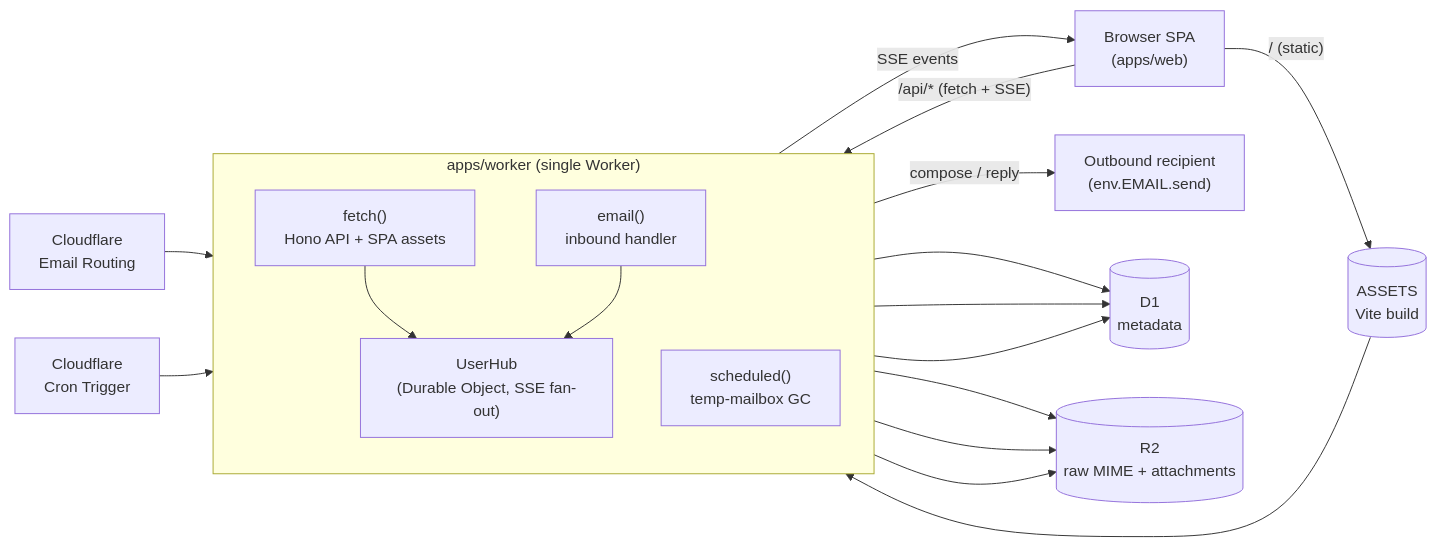
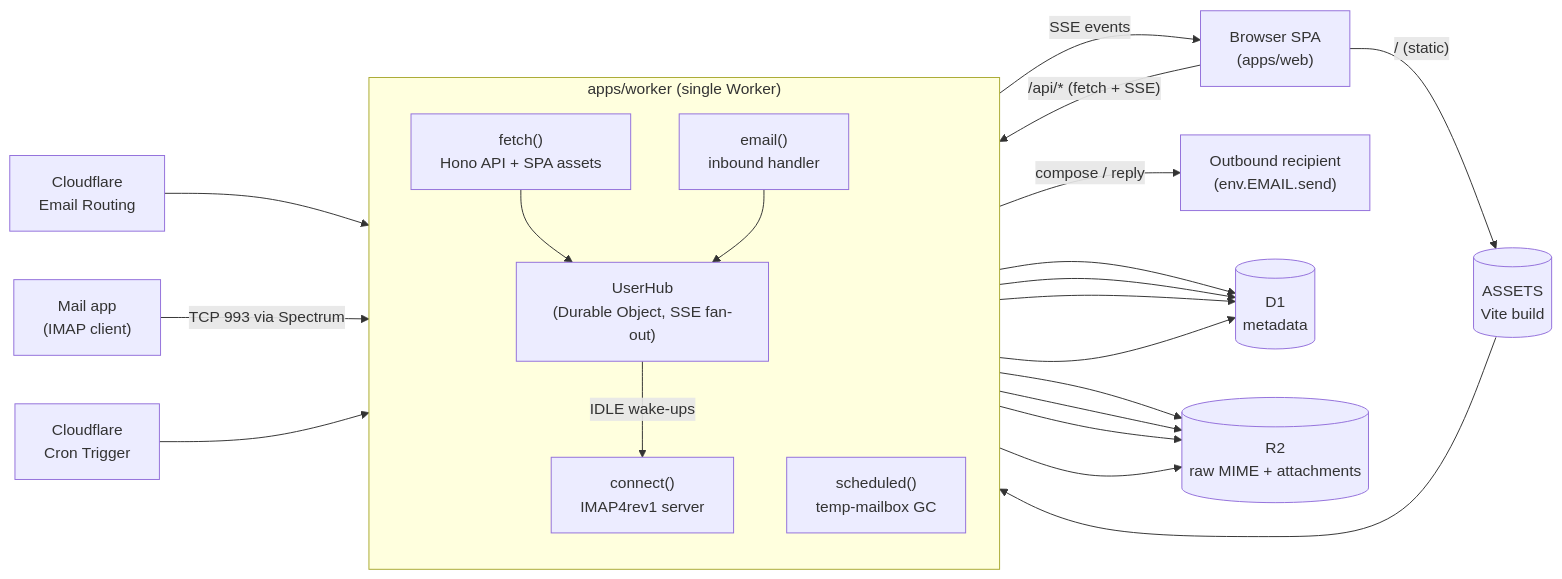
The diagram in README.md (Newspicel/cloudflare-mail), drawn with Mermaid before and after one commit. The commit also changed other lines of this file and 53 other files, not shown here.

First line of the commit message:
feat(imap): IMAP4rev1 server on inbound TCP, with app passwords

````diff
--- a/README.md
+++ b/README.md
@@ -38,35 +42,41 @@
 ```mermaid
 flowchart LR
   Browser["Browser SPA<br/>(apps/web)"]
   Inbound["Cloudflare<br/>Email Routing"]
+  MailApp["Mail app<br/>(IMAP client)"]
   Cron["Cloudflare<br/>Cron Trigger"]
   Sender["Outbound recipient<br/>(env.EMAIL.send)"]
 
   subgraph Worker["apps/worker (single Worker)"]
     direction TB
     Fetch["fetch()<br/>Hono API + SPA assets"]
     Email["email()<br/>inbound handler"]
+    Connect["connect()<br/>IMAP4rev1 server"]
     Scheduled["scheduled()<br/>temp-mailbox GC"]
     Hub["UserHub<br/>(Durable Object, SSE fan-out)"]
   end
 
   D1[("D1<br/>metadata")]
   R2[("R2<br/>raw MIME + attachments")]
   Assets[("ASSETS<br/>Vite build")]
 
   Browser -- "/api/* (fetch + SSE)" --> Fetch
   Browser -- "/ (static)" --> Assets
   Assets --> Fetch
   Inbound --> Email
+  MailApp -- "TCP 993 via Spectrum" --> Connect
   Cron --> Scheduled
   Fetch --> D1
   Fetch --> R2
   Fetch --> Hub
   Email --> D1
   Email --> R2
   Email --> Hub
+  Connect --> D1
+  Connect --> R2
+  Hub -- "IDLE wake-ups" --> Connect
   Scheduled --> D1
   Scheduled --> R2
   Fetch -- "compose / reply" --> Sender
   Hub -- "SSE events" --> Browser
 ```
````
